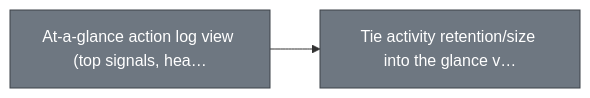
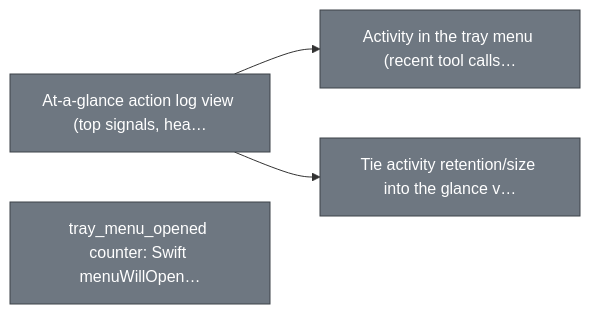
One commit to smart-mcp-proxy/mcpproxy-go changed the tenth of 17 diagrams in ROADMAP.md. Above: the diagram before and after it, drawn with Mermaid. The commit also changed other lines of this file and 3 other files, not shown here.

````diff
--- a/ROADMAP.md
+++ b/ROADMAP.md
@@ -306,10 +334,13 @@
 ```mermaid
 graph LR
   action_log_glance_view["At-a-glance action log view (top signals, hea…"]
+  action_log_tray_menu["Activity in the tray menu (recent tool calls…"]
+  tray_menu_open_telemetry["tray_menu_opened counter: Swift menuWillOpen…"]
   action_log_retention_tie_in["Tie activity retention/size into the glance v…"]
 
+  action_log_glance_view --> action_log_tray_menu
   action_log_glance_view --> action_log_retention_tie_in
 
   classDef todo fill:#6e7781,stroke:#3d4248,color:#ffffff;
-  class action_log_glance_view,action_log_retention_tie_in todo;
+  class action_log_glance_view,action_log_tray_menu,tray_menu_open_telemetry,action_log_retention_tie_in todo;
 ```
````
